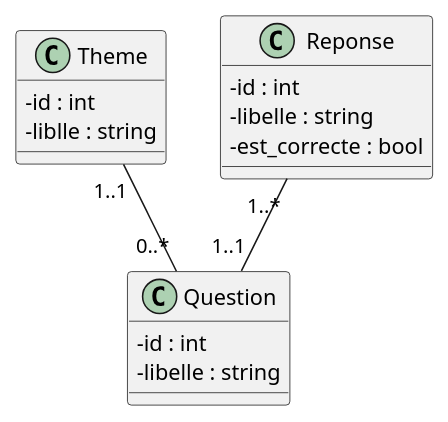
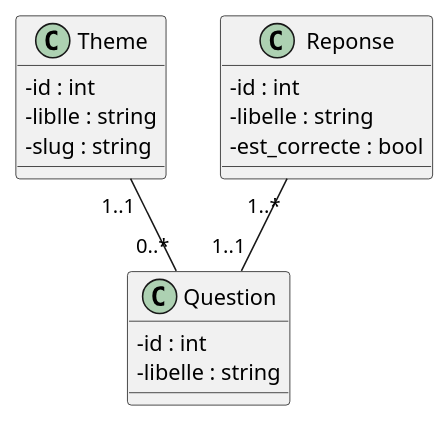
Before and after one commit to liamgnb/API-Quizz: the diagram in documentation/Diagramme_Classes.puml, drawn with PlantUML. The commit also changed 4 other files, not shown here.

```diff
--- a/documentation/Diagramme_Classes.puml
+++ b/documentation/Diagramme_Classes.puml
@@ -1,24 +1,25 @@
 @startuml
 skinparam classAttributeIconSize 0
 
 
 class Theme {
     - id : int
     - liblle : string
+    - slug : string
 }
 
 class Question {
     - id : int
     - libelle : string
 }
 
 class Reponse {
     - id : int
     - libelle : string
     - est_correcte : bool
 }
 
 Reponse "1..*" -- "1..1" Question
 Theme "1..1" -- "0..*" Question
 
 @enduml
```
